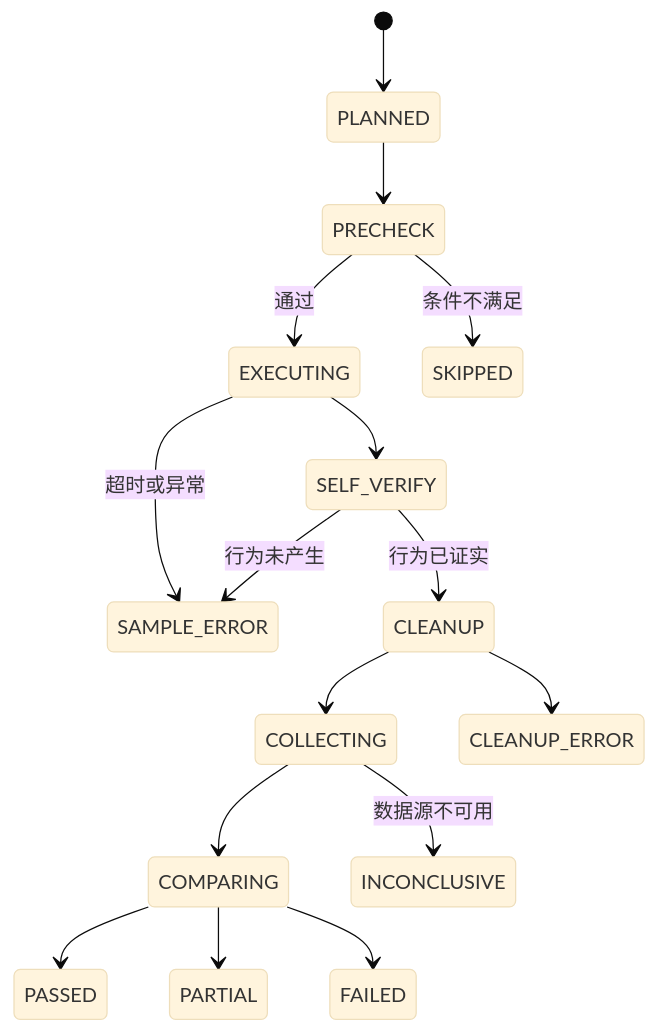
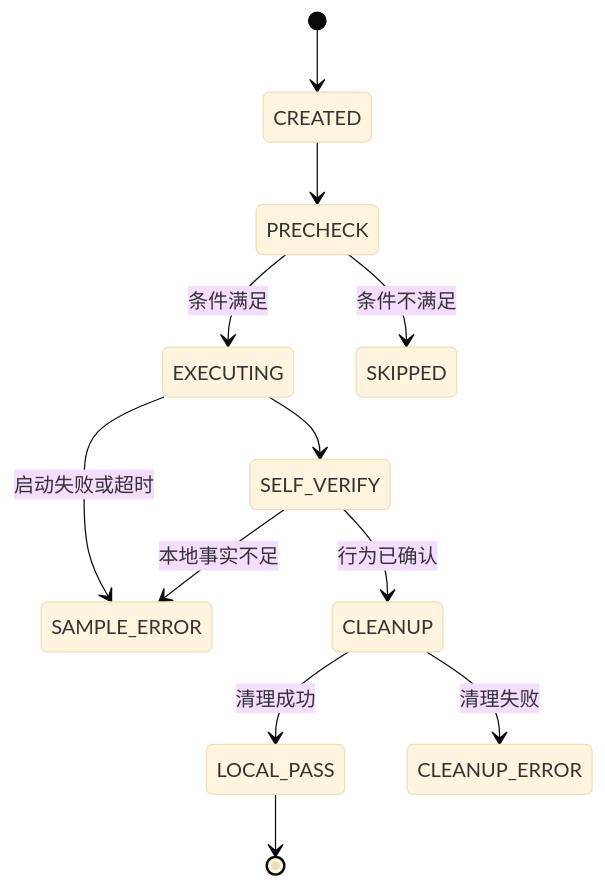
Before and after one commit to ParleStargazer/Tencent-EDR-Test: the third of 3 diagrams in docs/DESIGN.md, drawn with Mermaid (base theme). The commit also changed other lines of this file and 18 other files, not shown here.

````diff
--- a/docs/DESIGN.md
+++ b/docs/DESIGN.md
@@ -154,18 +268,14 @@
 ```mermaid
 stateDiagram-v2
-    [*] --> PLANNED
-    PLANNED --> PRECHECK
-    PRECHECK --> EXECUTING: 通过
+    [*] --> CREATED
+    CREATED --> PRECHECK
+    PRECHECK --> EXECUTING: 条件满足
     PRECHECK --> SKIPPED: 条件不满足
     EXECUTING --> SELF_VERIFY
-    EXECUTING --> SAMPLE_ERROR: 超时或异常
-    SELF_VERIFY --> CLEANUP: 行为已证实
-    SELF_VERIFY --> SAMPLE_ERROR: 行为未产生
-    CLEANUP --> COLLECTING
-    CLEANUP --> CLEANUP_ERROR
-    COLLECTING --> COMPARING
-    COLLECTING --> INCONCLUSIVE: 数据源不可用
-    COMPARING --> PASSED
-    COMPARING --> PARTIAL
-    COMPARING --> FAILED
+    EXECUTING --> SAMPLE_ERROR: 启动失败或超时
+    SELF_VERIFY --> CLEANUP: 行为已确认
+    SELF_VERIFY --> SAMPLE_ERROR: 本地事实不足
+    CLEANUP --> LOCAL_PASS: 清理成功
+    CLEANUP --> CLEANUP_ERROR: 清理失败
+    LOCAL_PASS --> [*]
 ```
````
